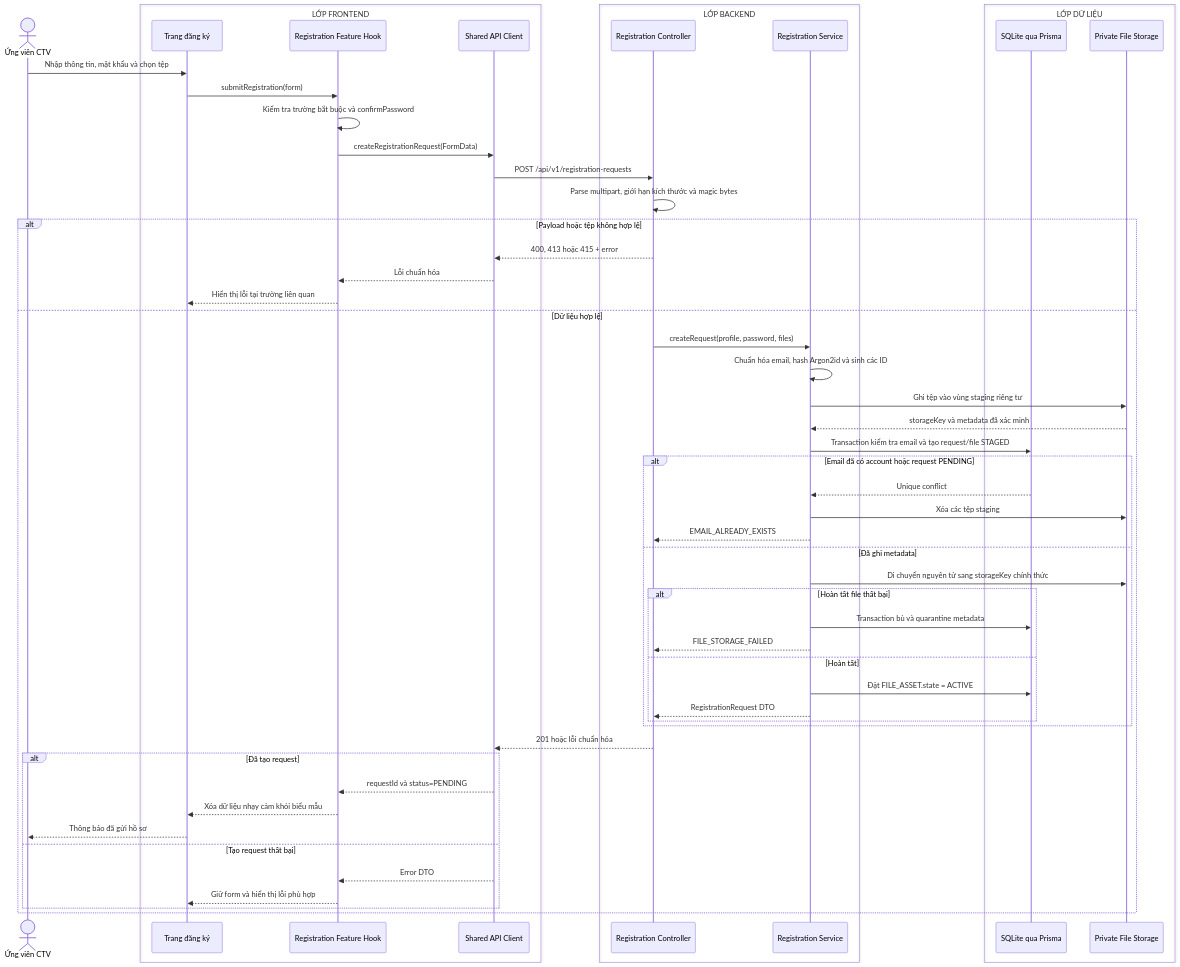
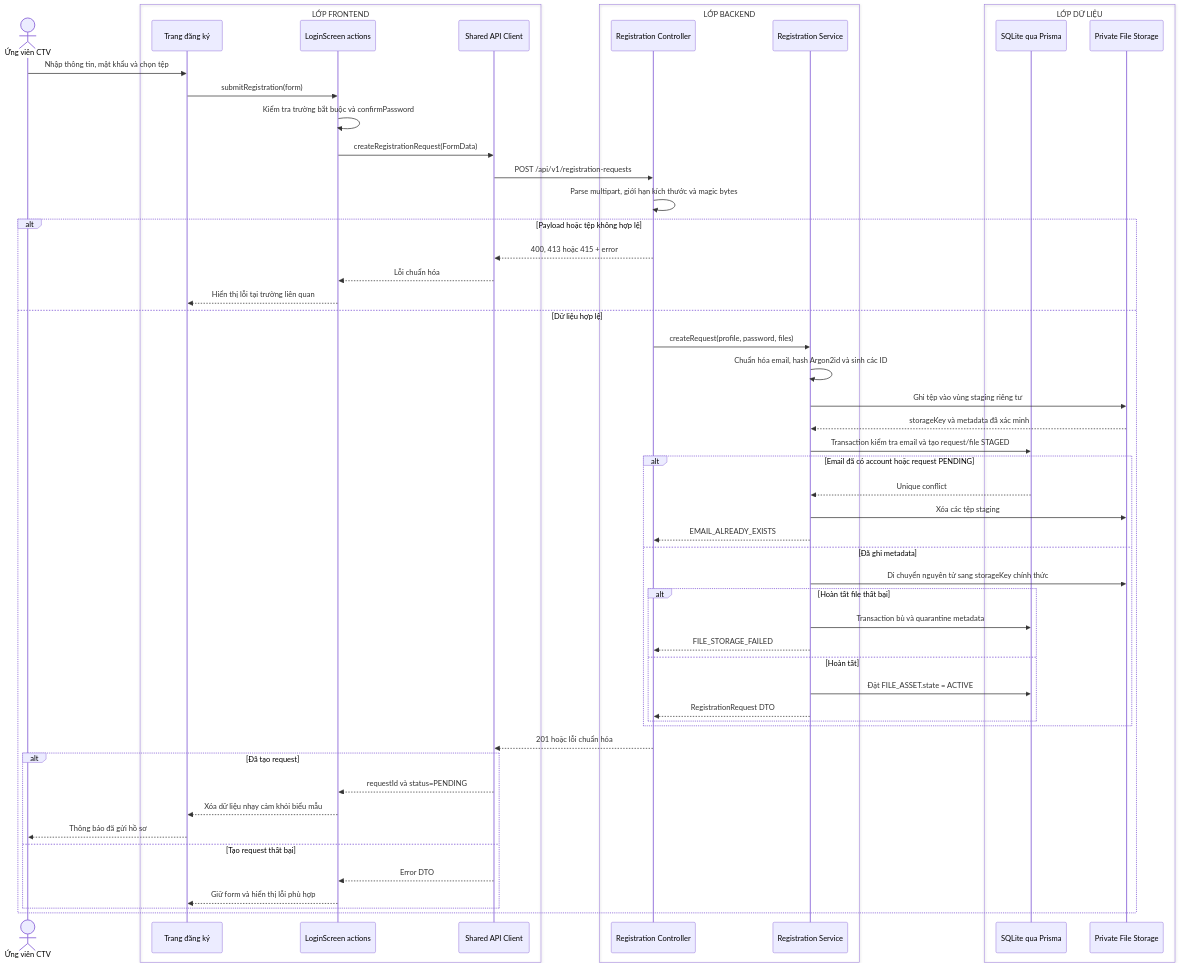
One commit to MINHDZVODICH/ctv-manage changed the diagram in docs/sequence-diagrams/02-dang-ky.md. Above: the diagram before and after it, drawn with Mermaid. The commit also changed 43 other files, not shown here.

````diff
--- a/docs/sequence-diagrams/02-dang-ky.md
+++ b/docs/sequence-diagrams/02-dang-ky.md
@@ -5,59 +5,59 @@
 ```mermaid
 sequenceDiagram
     actor U as Ứng viên CTV
     box LỚP FRONTEND
         participant UI as Trang đăng ký
-        participant H as Registration Feature Hook
+        participant H as LoginScreen actions
         participant API as Shared API Client
     end
     box LỚP BACKEND
         participant C as Registration Controller
         participant S as Registration Service
     end
     box LỚP DỮ LIỆU
         participant DB as SQLite qua Prisma
         participant FS as Private File Storage
     end
 
     U->>UI: Nhập thông tin, mật khẩu và chọn tệp
     UI->>H: submitRegistration(form)
     H->>H: Kiểm tra trường bắt buộc và confirmPassword
     H->>API: createRegistrationRequest(FormData)
     API->>C: POST /api/v1/registration-requests
     C->>C: Parse multipart, giới hạn kích thước và magic bytes
 
     alt Payload hoặc tệp không hợp lệ
         C-->>API: 400, 413 hoặc 415 + error
         API-->>H: Lỗi chuẩn hóa
         H-->>UI: Hiển thị lỗi tại trường liên quan
     else Dữ liệu hợp lệ
         C->>S: createRequest(profile, password, files)
         S->>S: Chuẩn hóa email, hash Argon2id và sinh các ID
         S->>FS: Ghi tệp vào vùng staging riêng tư
         FS-->>S: storageKey và metadata đã xác minh
         S->>DB: Transaction kiểm tra email và tạo request/file STAGED
         alt Email đã có account hoặc request PENDING
             DB-->>S: Unique conflict
             S->>FS: Xóa các tệp staging
             S-->>C: EMAIL_ALREADY_EXISTS
         else Đã ghi metadata
             S->>FS: Di chuyển nguyên tử sang storageKey chính thức
             alt Hoàn tất file thất bại
                 S->>DB: Transaction bù và quarantine metadata
                 S-->>C: FILE_STORAGE_FAILED
             else Hoàn tất
                 S->>DB: Đặt FILE_ASSET.state = ACTIVE
                 S-->>C: RegistrationRequest DTO
             end
         end
         C-->>API: 201 hoặc lỗi chuẩn hóa
         alt Đã tạo request
             API-->>H: requestId và status=PENDING
             H-->>UI: Xóa dữ liệu nhạy cảm khỏi biểu mẫu
             UI-->>U: Thông báo đã gửi hồ sơ
         else Tạo request thất bại
             API-->>H: Error DTO
             H-->>UI: Giữ form và hiển thị lỗi phù hợp
         end
     end
 ```
````
